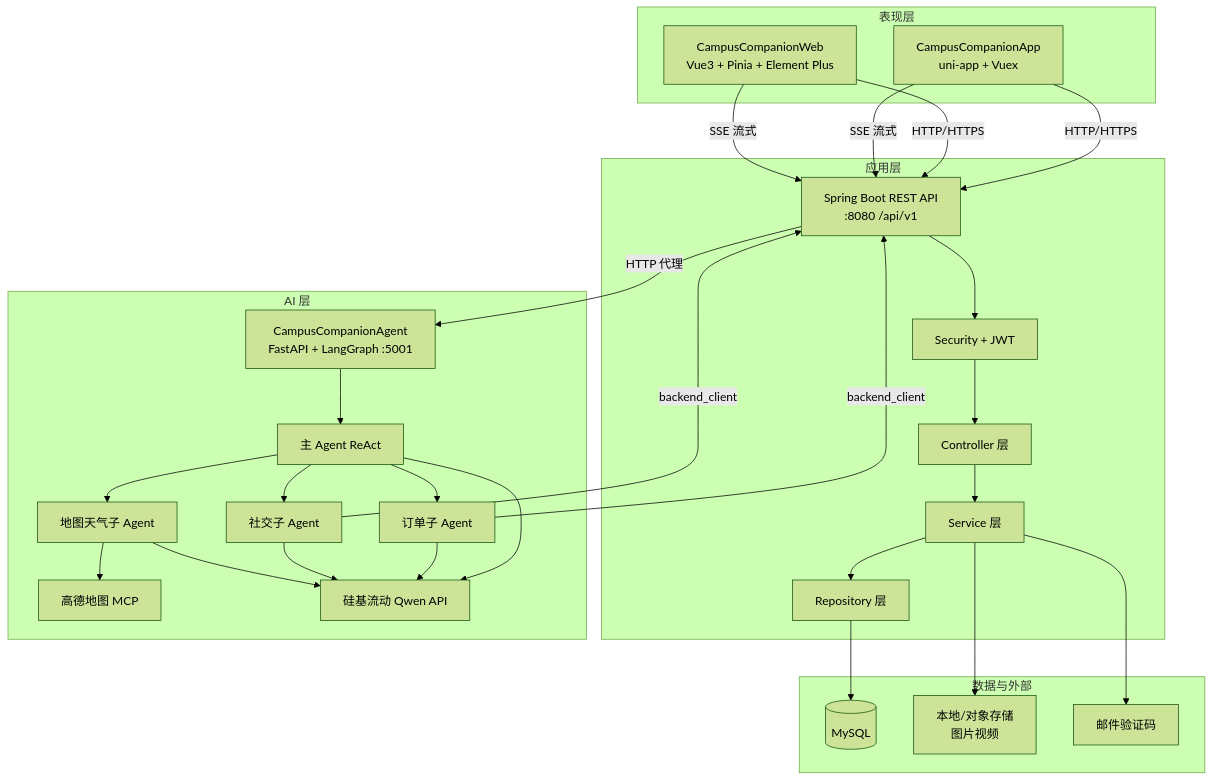
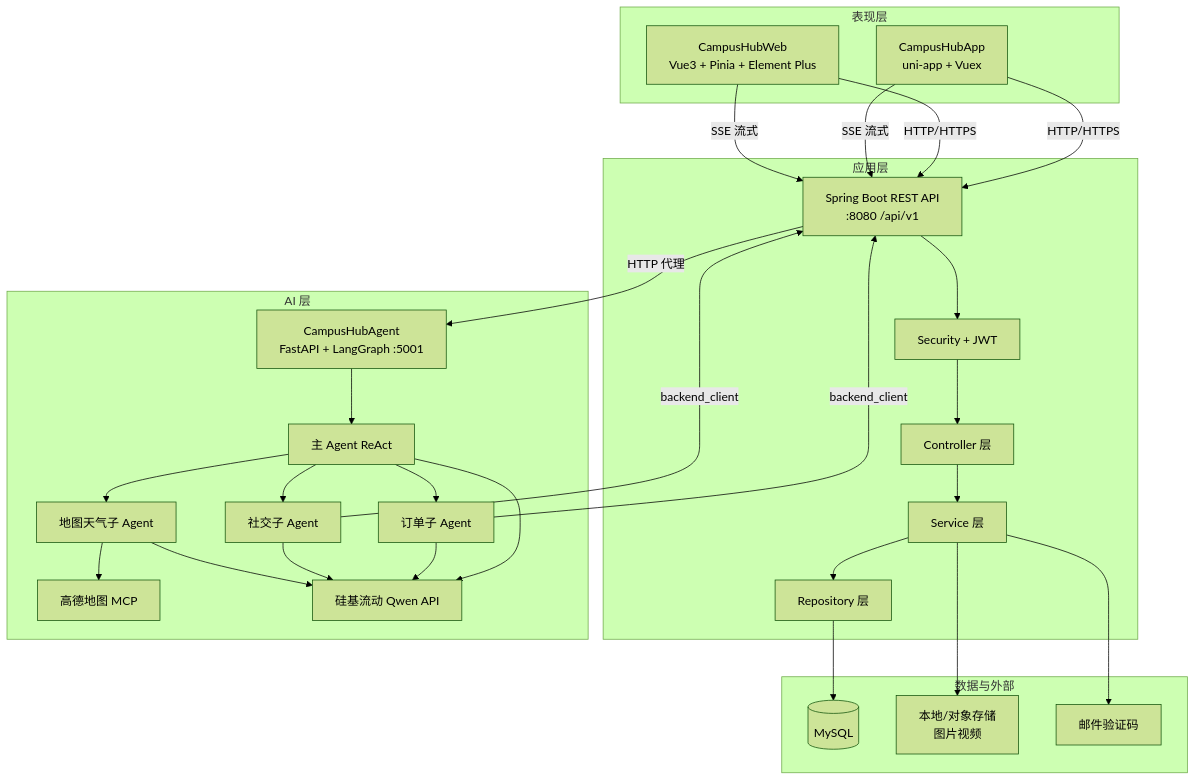
Before and after one commit to GYC-123456789/CampusActivity: the second of 13 diagrams in docs/SystemAnalysis/UML设计.md, drawn with Mermaid (forest theme). The commit also changed other lines of this file and 388 other files, not shown here.

Commit message:
Rename project to CampusHub

````diff
--- a/docs/SystemAnalysis/UML设计.md
+++ b/docs/SystemAnalysis/UML设计.md
@@ -68,43 +68,43 @@
 ```mermaid
 flowchart TB
     subgraph 表现层
-        APP[CampusCompanionApp<br/>uni-app + Vuex]
-        WEB[CampusCompanionWeb<br/>Vue3 + Pinia + Element Plus]
+        APP[CampusHubApp<br/>uni-app + Vuex]
+        WEB[CampusHubWeb<br/>Vue3 + Pinia + Element Plus]
     end
 
     subgraph 应用层
         API[Spring Boot REST API<br/>:8080 /api/v1]
         SEC[Security + JWT]
         CTRL[Controller 层]
         SVC[Service 层]
         REPO[Repository 层]
     end
 
     subgraph AI 层
-        AGENT[CampusCompanionAgent<br/>FastAPI + LangGraph :5001]
+        AGENT[CampusHubAgent<br/>FastAPI + LangGraph :5001]
         MAIN[主 Agent ReAct]
         SUB1[订单子 Agent]
         SUB2[社交子 Agent]
         SUB3[地图天气子 Agent]
         MCP[高德地图 MCP]
         LLM[硅基流动 Qwen API]
     end
 
     subgraph 数据与外部
         DB[(MySQL)]
         FS[本地/对象存储<br/>图片视频]
         MAIL[邮件验证码]
     end
 
     APP & WEB -->|HTTP/HTTPS| API
     APP & WEB -->|SSE 流式| API
     API --> SEC --> CTRL --> SVC --> REPO --> DB
     API -->|HTTP 代理| AGENT
     AGENT --> MAIN
     MAIN --> SUB1 & SUB2 & SUB3
     SUB1 & SUB2 -->|backend_client| API
     SUB3 --> MCP
     MAIN & SUB1 & SUB2 & SUB3 --> LLM
     SVC --> FS
     SVC --> MAIL
 ```
````
